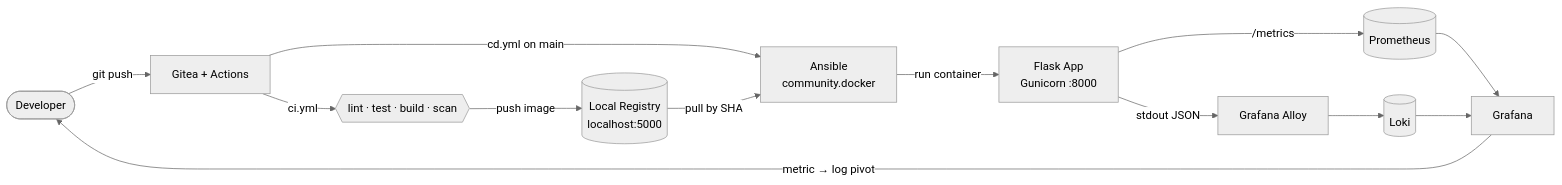
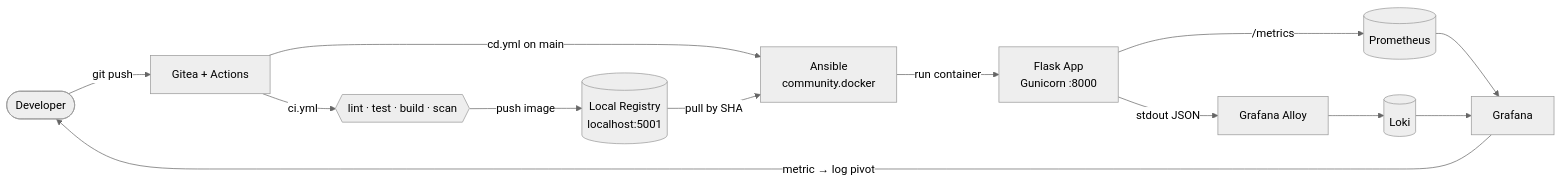
The first of 4 diagrams in README.md (myloo23/MilanProjA-Szakdoga), drawn with Mermaid (neutral theme) before and after one commit. The commit also changed other lines of this file and 3 other files, not shown here.

````diff
--- a/README.md
+++ b/README.md
@@ -28,15 +28,15 @@
 ```mermaid
 flowchart LR
     Dev([Developer]) -->|git push| Gitea[Gitea + Actions]
     Gitea -->|ci.yml| CI{{lint · test · build · scan}}
-    CI -->|push image| Reg[(Local Registry<br/>localhost:5000)]
+    CI -->|push image| Reg[(Local Registry<br/>localhost:5001)]
     Gitea -->|cd.yml on main| Ansible[Ansible<br/>community.docker]
     Reg -->|pull by SHA| Ansible
     Ansible -->|run container| App[Flask App<br/>Gunicorn :8000]
     App -->|/metrics| Prom[(Prometheus)]
     App -->|stdout JSON| Alloy[Grafana Alloy]
     Alloy --> Loki[(Loki)]
     Prom --> Graf[Grafana]
     Loki --> Graf
     Graf -->|metric → log pivot| Dev
 ```
````
